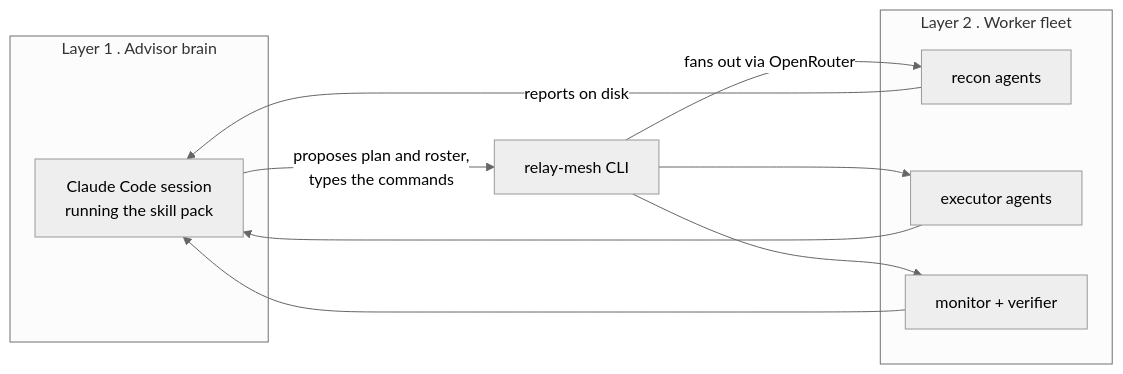
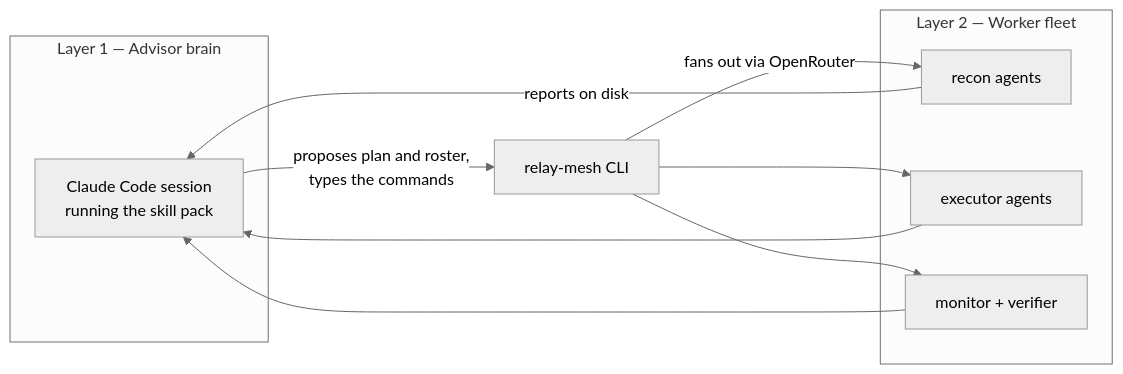
One commit to CodeStrux/relay-mesh changed the diagram in site-relay-mesh-docs/What Is Relay Mesh.md. Above: the diagram before and after it, drawn with Mermaid (neutral theme). The commit also changed other lines of this file and 8 other files, not shown here.

````diff
--- a/site-relay-mesh-docs/What Is Relay Mesh.md
+++ b/site-relay-mesh-docs/What Is Relay Mesh.md
@@ -16,18 +22,18 @@
 ```mermaid
 flowchart LR
-    subgraph L1["Layer 1 . Advisor brain"]
+    subgraph L1["Layer 1 — Advisor brain"]
         A["Claude Code session<br/>running the skill pack"]
     end
-    subgraph L2["Layer 2 . Worker fleet"]
+    subgraph L2["Layer 2 — Worker fleet"]
         W1["recon agents"]
         W2["executor agents"]
         W3["monitor + verifier"]
     end
     A -->|proposes plan and roster,<br/>types the commands| CLI["relay-mesh CLI"]
     CLI -->|fans out via OpenRouter| W1
     CLI --> W2
     CLI --> W3
     W1 -->|reports on disk| A
     W2 --> A
     W3 --> A
 ```
````
